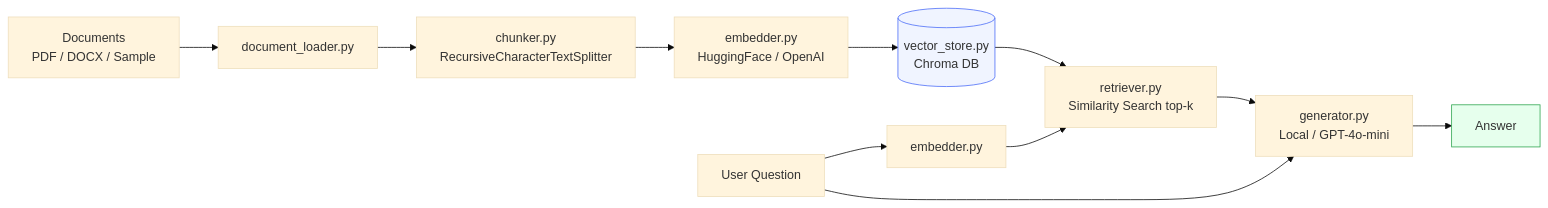
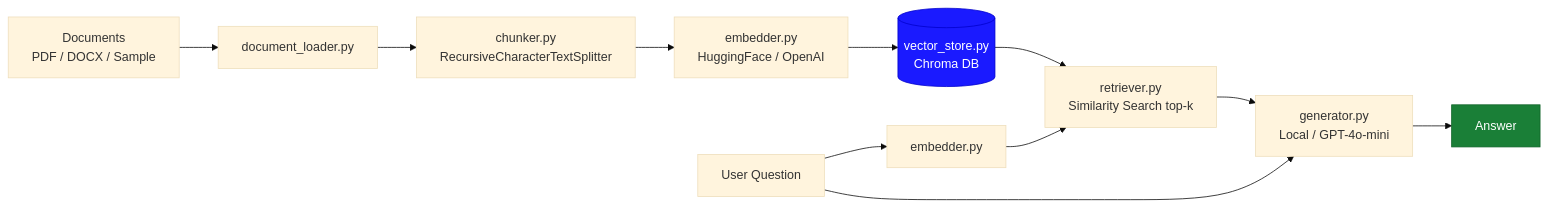
One commit to mylar-pr/healthcare-rag changed the diagram in README.md. Above: the diagram before and after it, drawn with Mermaid (base theme).

Commit message:
Improve diagram node color contrast

````diff
--- a/README.md
+++ b/README.md
@@ -7,17 +7,17 @@
 ```mermaid
 flowchart LR
     A[Documents\nPDF / DOCX / Sample] --> B[document_loader.py]
     B --> C[chunker.py\nRecursiveCharacterTextSplitter]
     C --> D[embedder.py\nHuggingFace / OpenAI]
     D --> E[(vector_store.py\nChroma DB)]
 
     Q[User Question] --> F[embedder.py]
     F --> G[retriever.py\nSimilarity Search top-k]
     E --> G
     G --> H[generator.py\nLocal / GPT-4o-mini]
     Q --> H
     H --> A2[Answer]
 
-    style E fill:#f0f4ff,stroke:#4a6cf7
-    style A2 fill:#e6ffed,stroke:#2da44e
+    style E fill:#1a1aff,stroke:#0000cc,color:#ffffff
+    style A2 fill:#1a7f37,stroke:#116329,color:#ffffff
 ```
````
